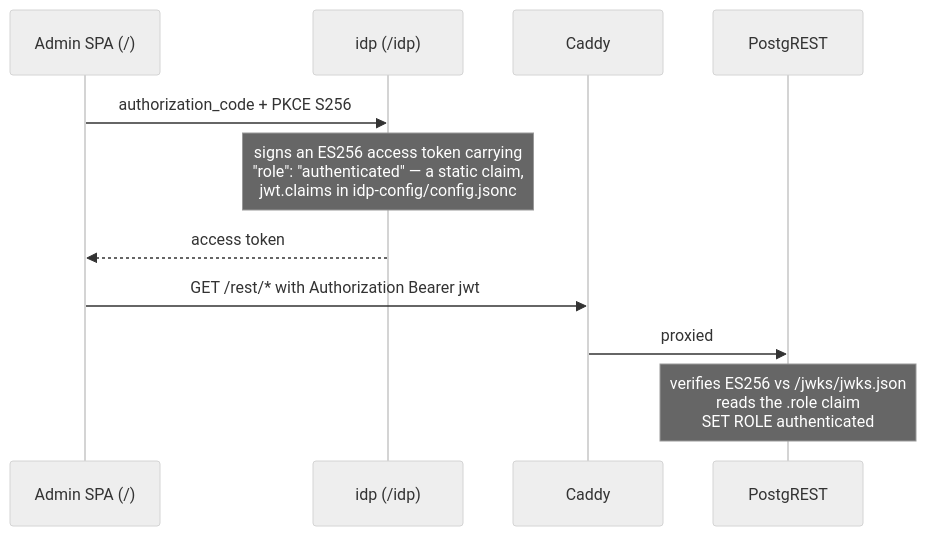
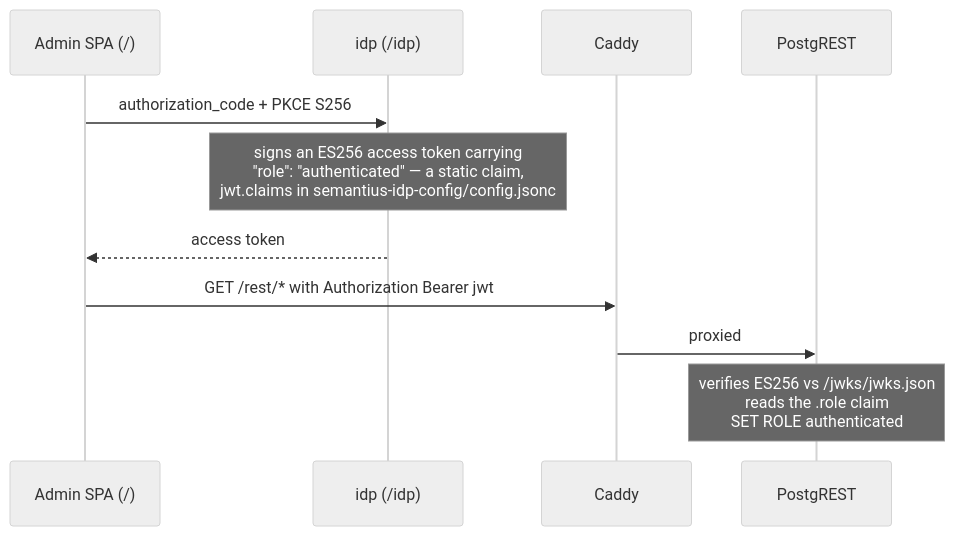
The second of 2 diagrams in README.md (semantius/semantius-self-hosted), drawn with Mermaid (neutral theme) before and after one commit. The commit also changed other lines of this file and 67 other files, not shown here.

First line of the commit message:
feat: add initial configuration and scripts for local Semantius IDP setup

````diff
--- a/README.md
+++ b/README.md
@@ -394,14 +400,14 @@
 ```mermaid
 sequenceDiagram
     participant SPA as Admin SPA (/)
     participant IDP as idp (/idp)
     participant Caddy
     participant PGRST as PostgREST
 
     SPA->>IDP: authorization_code + PKCE S256
-    Note over IDP: signs an ES256 access token carrying<br/>"role": "authenticated" — a static claim,<br/>jwt.claims in idp-config/config.jsonc
+    Note over IDP: signs an ES256 access token carrying<br/>"role": "authenticated" — a static claim,<br/>jwt.claims in semantius-idp-config/config.jsonc
     IDP-->>SPA: access token
     SPA->>Caddy: GET /rest/* with Authorization Bearer jwt
     Caddy->>PGRST: proxied
     Note over PGRST: verifies ES256 vs /jwks/jwks.json<br/>reads the .role claim<br/>SET ROLE authenticated
 ```
````
